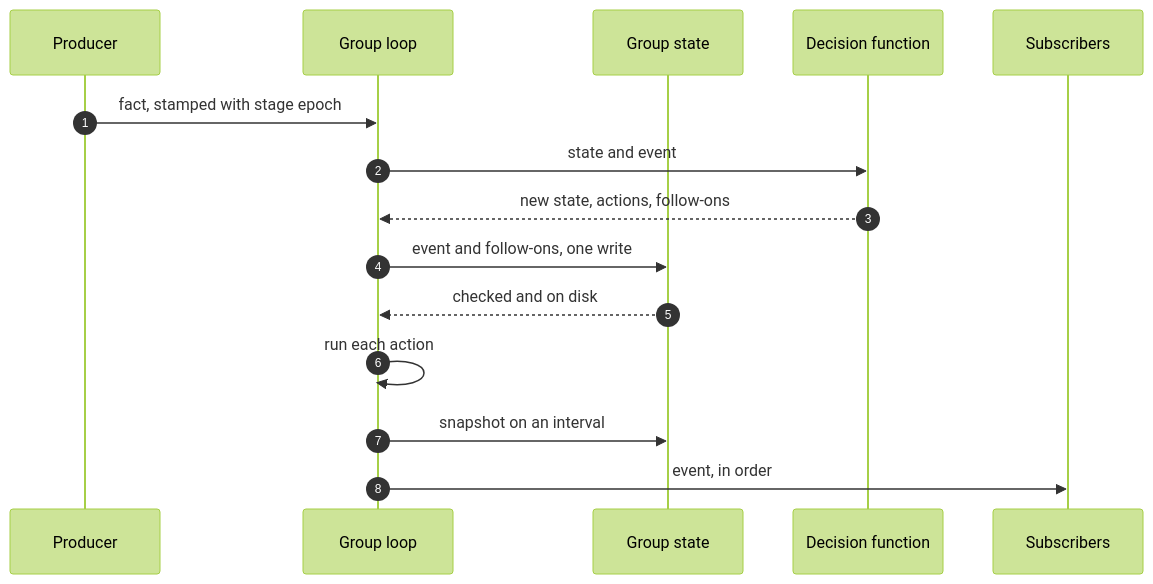
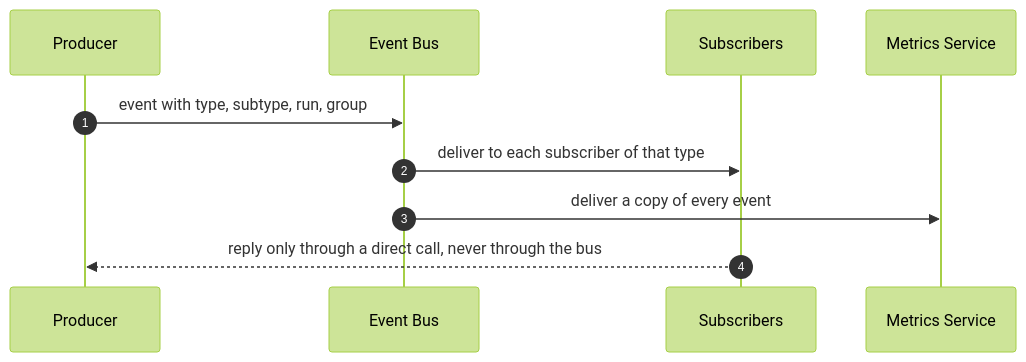
Before and after one commit to rdevitto86/komodo-agentic-harness-coding: the fourth of 5 diagrams in docs/hld.md, drawn with Mermaid (forest theme). The commit also changed other lines of this file and 1 other file, not shown here.

````diff
--- a/docs/hld.md
+++ b/docs/hld.md
@@ -230,17 +236,12 @@
 ```mermaid
 sequenceDiagram
   autonumber
   participant P as Producer
-  participant D as Group loop
-  participant G as Group state
-  participant N as Decision function
+  participant B as Event Bus
   participant S as Subscribers
-  P->>D: fact, stamped with stage epoch
-  D->>N: state and event
-  N-->>D: new state, actions, follow-ons
-  D->>G: event and follow-ons, one write
-  G-->>D: checked and on disk
-  D->>D: run each action
-  D->>G: snapshot on an interval
-  D->>S: event, in order
+  participant M as Metrics Service
+  P->>B: event with type, subtype, run, group
+  B->>S: deliver to each subscriber of that type
+  B->>M: deliver a copy of every event
+  S-->>P: reply only through a direct call, never through the bus
 ```
````
